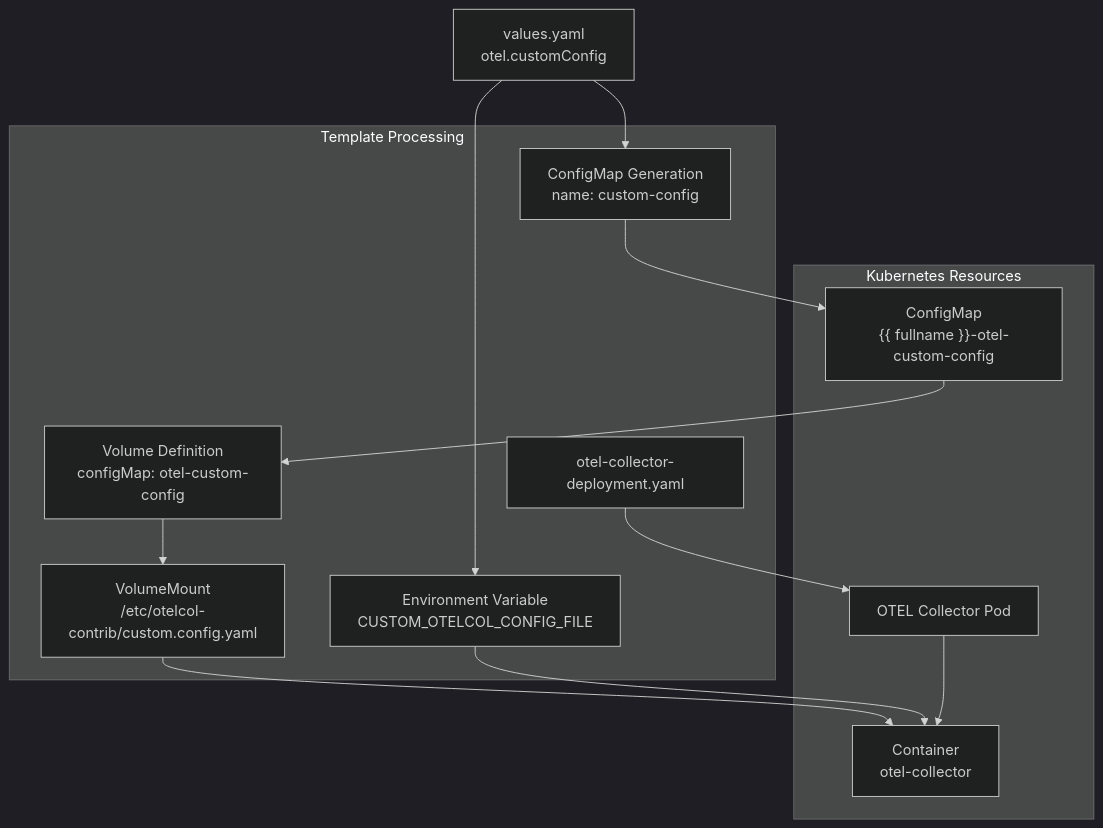
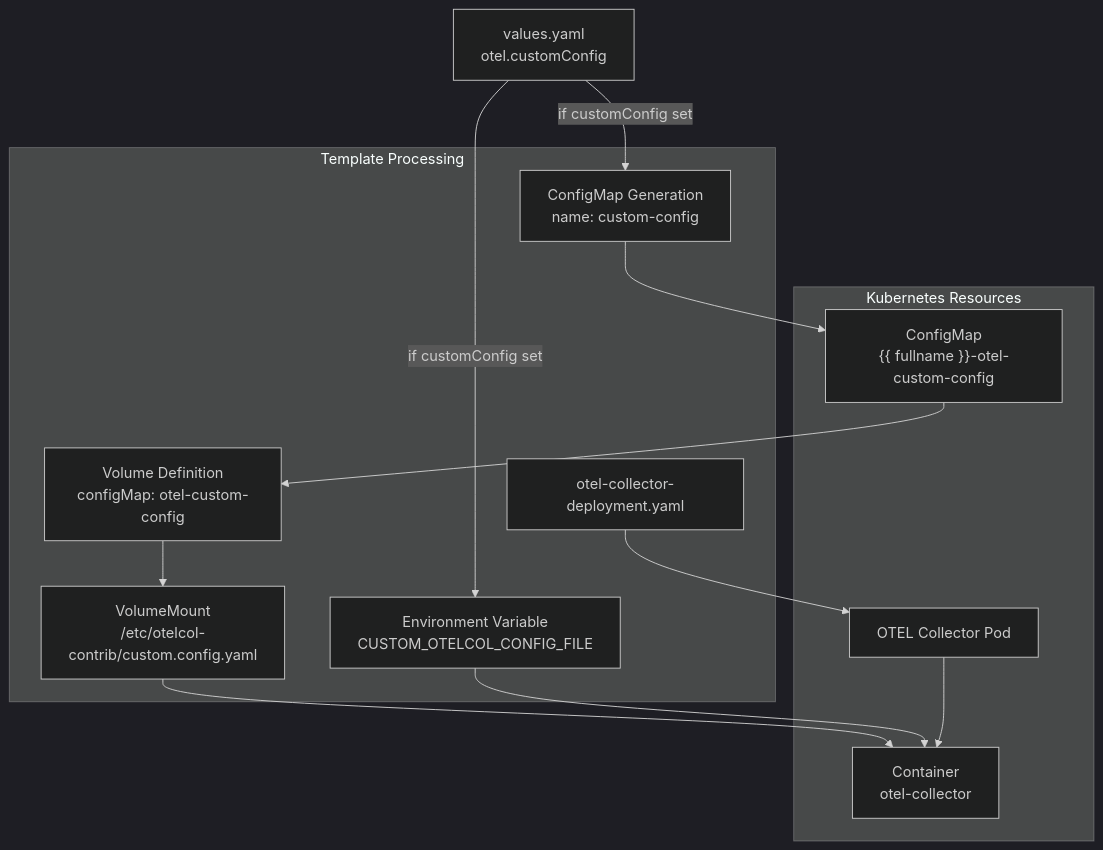
The third of 3 diagrams in docs/hyperdxio-helm-charts-docs/OpenTelemetry-Collector-Configuration.md (openchoreo/openchoreo), drawn with Mermaid (dark theme) before and after one commit. The commit also changed other lines of this file and 85 other files, not shown here.

Commit message:
feat: Add new workflow and specification templates, update Helm chart dependencies, and clarify documentation diagrams.

````diff
--- a/docs/hyperdxio-helm-charts-docs/OpenTelemetry-Collector-Configuration.md
+++ b/docs/hyperdxio-helm-charts-docs/OpenTelemetry-Collector-Configuration.md
@@ -333,37 +333,37 @@
 ```mermaid
 flowchart TD
 
 ValuesYAML["values.yaml<br>otel.customConfig"]
 Template["otel-collector-deployment.yaml"]
 ConfigMapTemplate["ConfigMap Generation<br>name: custom-config"]
 VolumeTemplate["Volume Definition<br>configMap: otel-custom-config"]
 VolumeMountTemplate["VolumeMount<br>/etc/otelcol-contrib/custom.config.yaml"]
 EnvVarTemplate["Environment Variable<br>CUSTOM_OTELCOL_CONFIG_FILE"]
 ConfigMap["ConfigMap<br>{{ fullname }}-otel-custom-config"]
 Pod["OTEL Collector Pod"]
 Container["Container<br>otel-collector"]
 
-ValuesYAML --> ConfigMapTemplate
+ValuesYAML -->|"if customConfig set"| ConfigMapTemplate
 ConfigMapTemplate --> ConfigMap
 ConfigMap --> VolumeTemplate
 VolumeMountTemplate --> Container
-ValuesYAML --> EnvVarTemplate
+ValuesYAML -->|"if customConfig set"| EnvVarTemplate
 EnvVarTemplate --> Container
 Template --> Pod
 
 subgraph subGraph1 ["Kubernetes Resources"]
     ConfigMap
     Pod
     Container
     Pod --> Container
 end
 
 subgraph subGraph0 ["Template Processing"]
     Template
     ConfigMapTemplate
     VolumeTemplate
     VolumeMountTemplate
     EnvVarTemplate
     VolumeTemplate --> VolumeMountTemplate
 end
 ```
````
